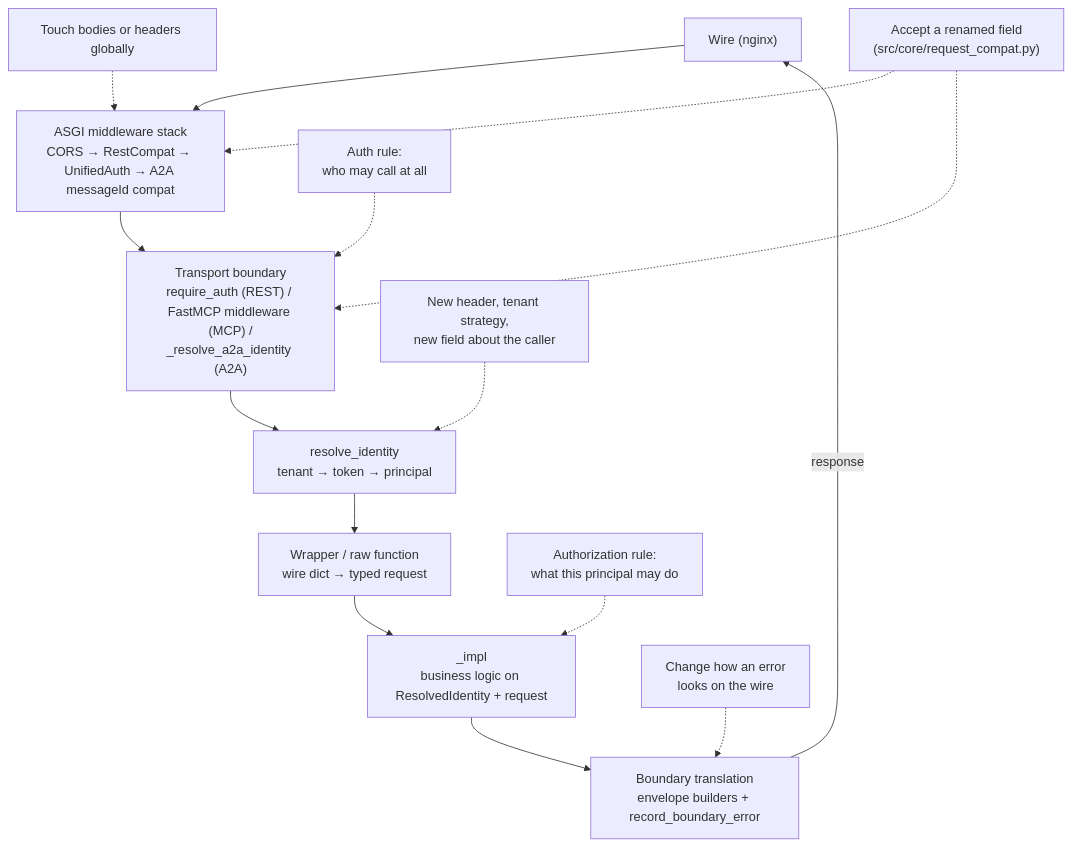
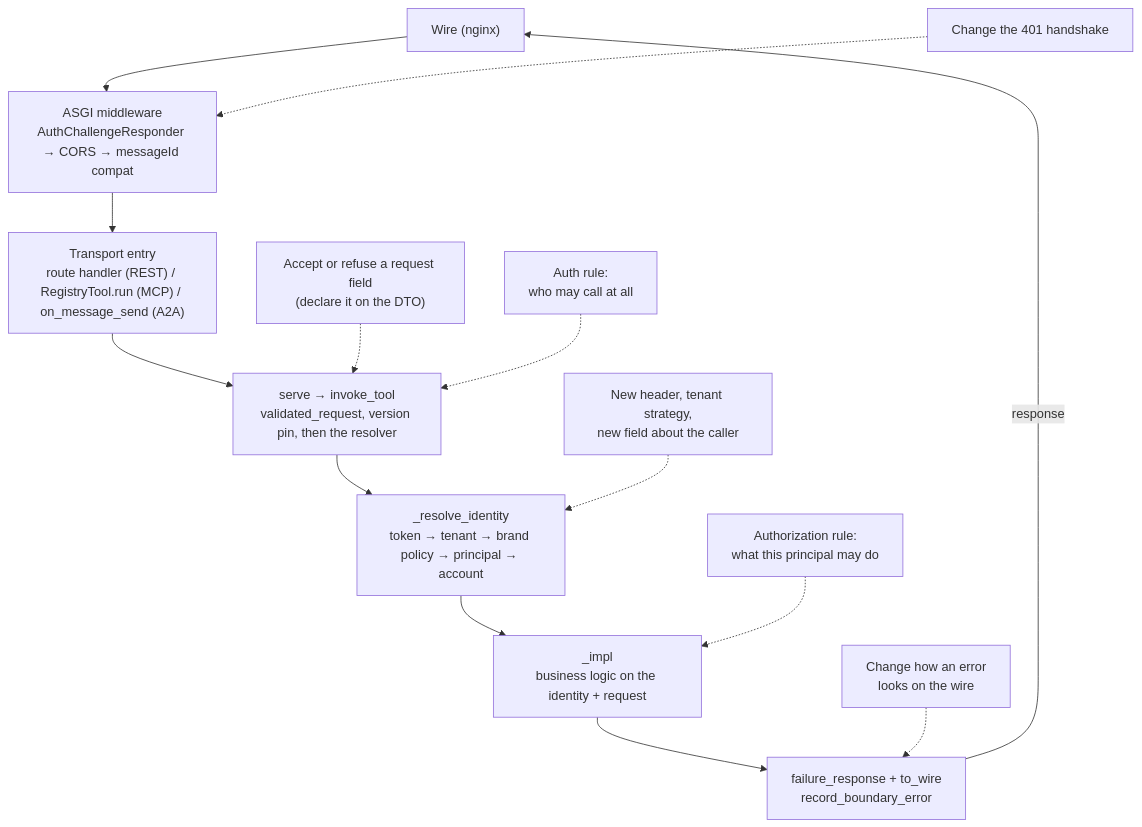
The fourth of 4 diagrams in docs/development/request-lifecycle.md (KonstantinMirin/prebid-salesagent), drawn with Mermaid before and after one commit. The commit also changed other lines of this file and 1473 other files, not shown here.

````diff
--- a/docs/development/request-lifecycle.md
+++ b/docs/development/request-lifecycle.md
@@ -368,18 +672,17 @@
 ```mermaid
 flowchart TD
-    wire["Wire (nginx)"] --> mw["ASGI middleware stack\nCORS → RestCompat → UnifiedAuth → A2A messageId compat"]
-    mw --> boundary["Transport boundary\nrequire_auth (REST) / FastMCP middleware (MCP) /\n_resolve_a2a_identity (A2A)"]
-    boundary --> ident["resolve_identity\ntenant → token → principal"]
-    ident --> wrapper["Wrapper / raw function\nwire dict → typed request"]
-    wrapper --> impl["_impl\nbusiness logic on ResolvedIdentity + request"]
-    impl --> out["Boundary translation\nenvelope builders + record_boundary_error"]
+    wire["Wire (nginx)"] --> mw["ASGI middleware\nAuthChallengeResponder → CORS → messageId compat"]
+    mw --> transport["Transport entry\nroute handler (REST) / RegistryTool.run (MCP) / on_message_send (A2A)"]
+    transport --> boundary["serve → invoke_tool\nvalidated_request, version pin, then the resolver"]
+    boundary --> ident["_resolve_identity\ntoken → tenant → brand policy → principal → account"]
+    ident --> impl["_impl\nbusiness logic on the identity + request"]
+    impl --> out["failure_response + to_wire\nrecord_boundary_error"]
     out -->|"response"| wire
 
-    i1["Touch bodies or headers globally"] -.-> mw
-    i2["Accept a renamed field\n(src/core/request_compat.py)"] -.-> mw
-    i2 -.-> boundary
+    i1["Change the 401 handshake"] -.-> mw
+    i2["Accept or refuse a request field\n(declare it on the DTO)"] -.-> boundary
     i3["Auth rule:\nwho may call at all"] -.-> boundary
     i4["New header, tenant strategy,\nnew field about the caller"] -.-> ident
     i5["Authorization rule:\nwhat this principal may do"] -.-> impl
     i6["Change how an error\nlooks on the wire"] -.-> out
 ```
````
